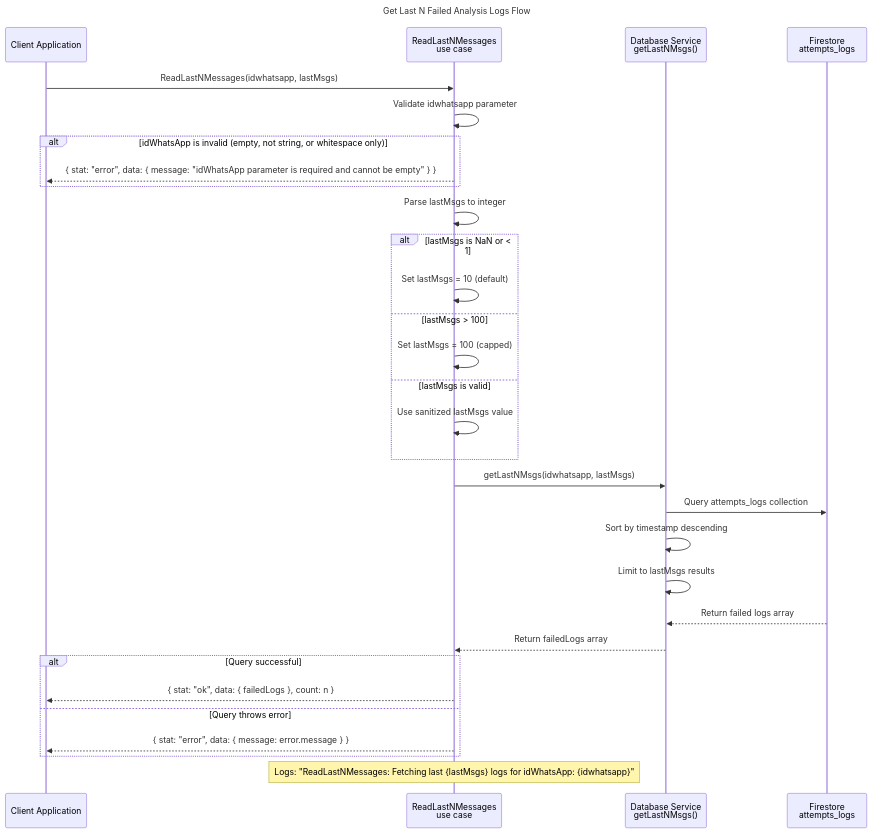
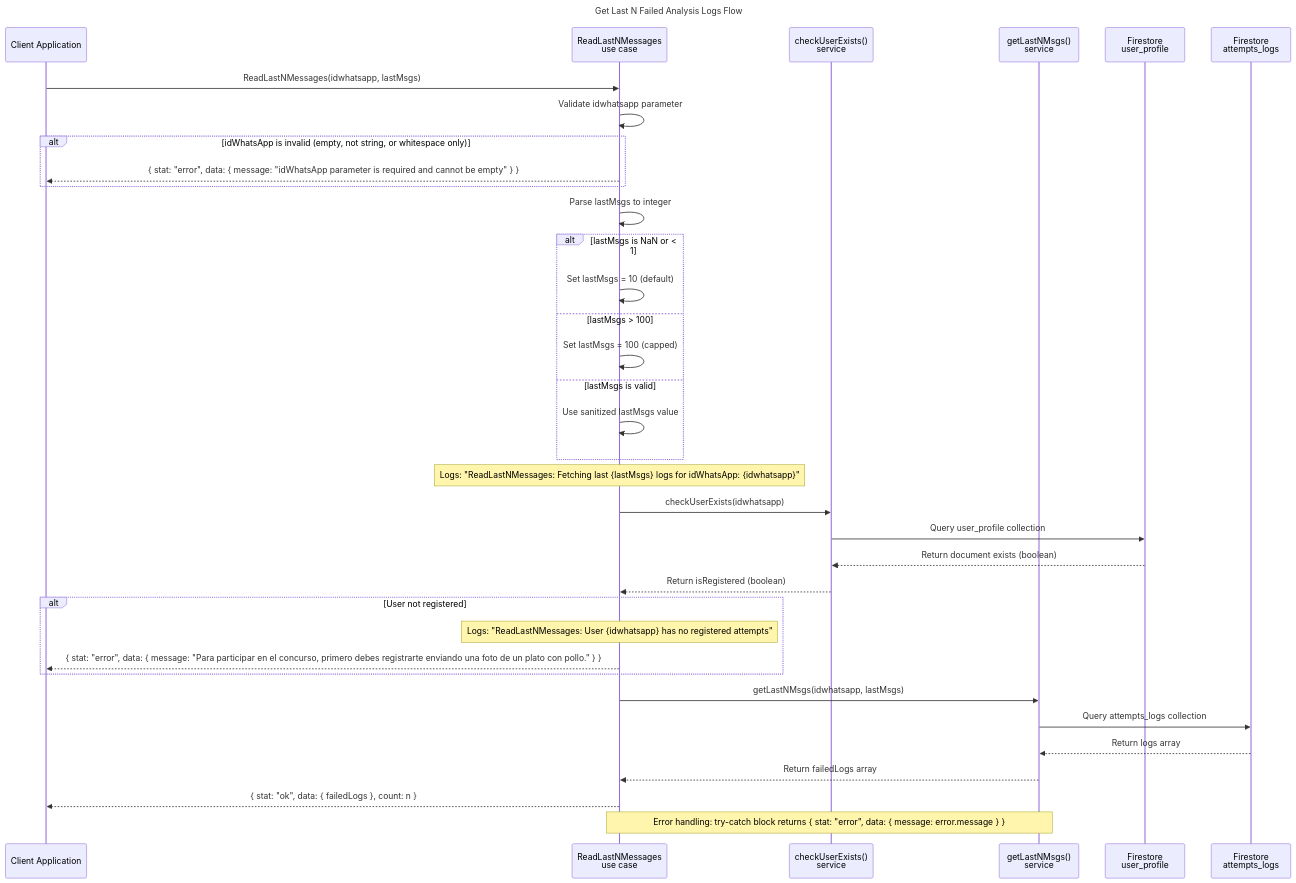
One commit to salvadorsanchezvmas/PasionpTodos changed the diagram in DOCS/diagrams/get-last-n-msgs-sequence.md. Above: the diagram before and after it, drawn with Mermaid. The commit also changed other lines of this file and 1 other file, not shown here.

Commit message:
udpate the documentation

````diff
--- a/DOCS/diagrams/get-last-n-msgs-sequence.md
+++ b/DOCS/diagrams/get-last-n-msgs-sequence.md
@@ -3,45 +3,52 @@
 ```mermaid
 sequenceDiagram
     title: Get Last N Failed Analysis Logs Flow
 
     participant Client as Client Application
     participant UC as ReadLastNMessages<br/>use case
-    participant DB as Database Service<br/>getLastNMsgs()
-    participant FS as Firestore<br/>attempts_logs
+    participant Check as checkUserExists()<br/>service
+    participant DB as getLastNMsgs()<br/>service
+    participant UP as Firestore<br/>user_profile
+    participant AL as Firestore<br/>attempts_logs
 
     %% Main flow
     Client->>UC: ReadLastNMessages(idwhatsapp, lastMsgs)
 
     %% Step 1: Validate idWhatsApp
     UC->>UC: Validate idwhatsapp parameter
     alt idWhatsApp is invalid (empty, not string, or whitespace only)
         UC-->>Client: { stat: "error", data: { message: "idWhatsApp parameter is required and cannot be empty" } }
     end
 
     %% Step 2: Validate and sanitize lastMsgs
     UC->>UC: Parse lastMsgs to integer
     alt lastMsgs is NaN or < 1
         UC->>UC: Set lastMsgs = 10 (default)
     else lastMsgs > 100
         UC->>UC: Set lastMsgs = 100 (capped)
     else lastMsgs is valid
         UC->>UC: Use sanitized lastMsgs value
     end
 
-    %% Step 3: Query database
+    %% Step 3: Log and check if user is registered
+    Note over UC: Logs: "ReadLastNMessages: Fetching last {lastMsgs} logs for idWhatsApp: {idwhatsapp}"
+    UC->>Check: checkUserExists(idwhatsapp)
+    Check->>UP: Query user_profile collection
+    UP-->>Check: Return document exists (boolean)
+    Check-->>UC: Return isRegistered (boolean)
+    alt User not registered
+        Note over UC: Logs: "ReadLastNMessages: User {idwhatsapp} has no registered attempts"
+        UC-->>Client: { stat: "error", data: { message: "Para participar en el concurso, primero debes registrarte enviando una foto de un plato con pollo." } }
+    end
+
+    %% Step 4: Query database for logs
     UC->>DB: getLastNMsgs(idwhatsapp, lastMsgs)
-    DB->>FS: Query attempts_logs collection
-    DB->>DB: Sort by timestamp descending
-    DB->>DB: Limit to lastMsgs results
-    FS-->>DB: Return failed logs array
+    DB->>AL: Query attempts_logs collection
+    AL-->>DB: Return logs array
     DB-->>UC: Return failedLogs array
 
-    %% Step 4: Return response
-    alt Query successful
-        UC-->>Client: { stat: "ok", data: { failedLogs }, count: n }
-    else Query throws error
-        UC-->>Client: { stat: "error", data: { message: error.message } }
-    end
+    %% Step 5: Return response
+    UC-->>Client: { stat: "ok", data: { failedLogs }, count: n }
 
-    Note over UC: Logs: "ReadLastNMessages: Fetching last {lastMsgs} logs for idWhatsApp: {idwhatsapp}"
+    Note over UC,DB: Error handling: try-catch block returns { stat: "error", data: { message: error.message } }
 ```
````
